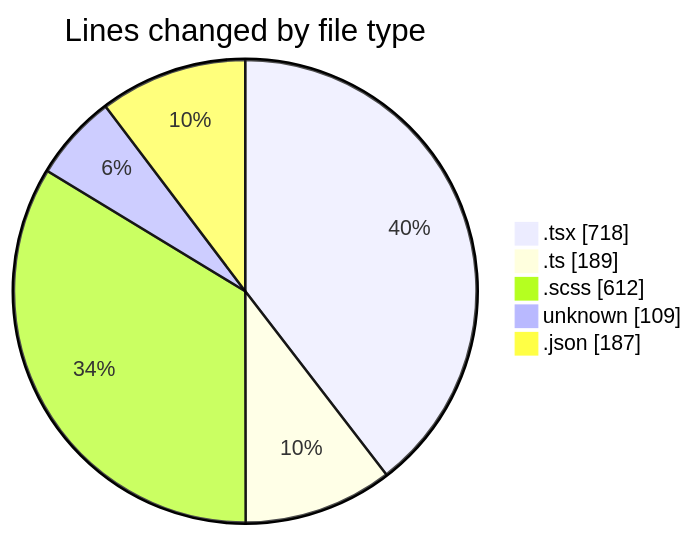
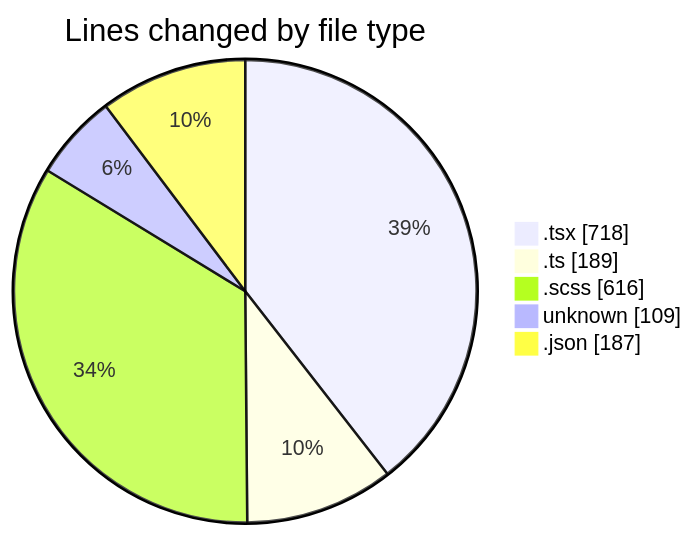
The first of 2 diagrams in 2026-04-15/cda/README.md (momahboobian/code-tracking), drawn with Mermaid before and after one commit. The commit also changed other lines of this file and 1 other file, not shown here.

````diff
--- a/2026-04-15/cda/README.md
+++ b/2026-04-15/cda/README.md
@@ -34,9 +34,9 @@
 ```mermaid
 pie showData
 title Lines changed by file type
 ".tsx" : 718
 ".ts" : 189
-".scss" : 612
+".scss" : 616
 "unknown" : 109
 ".json" : 187
 ```
````
